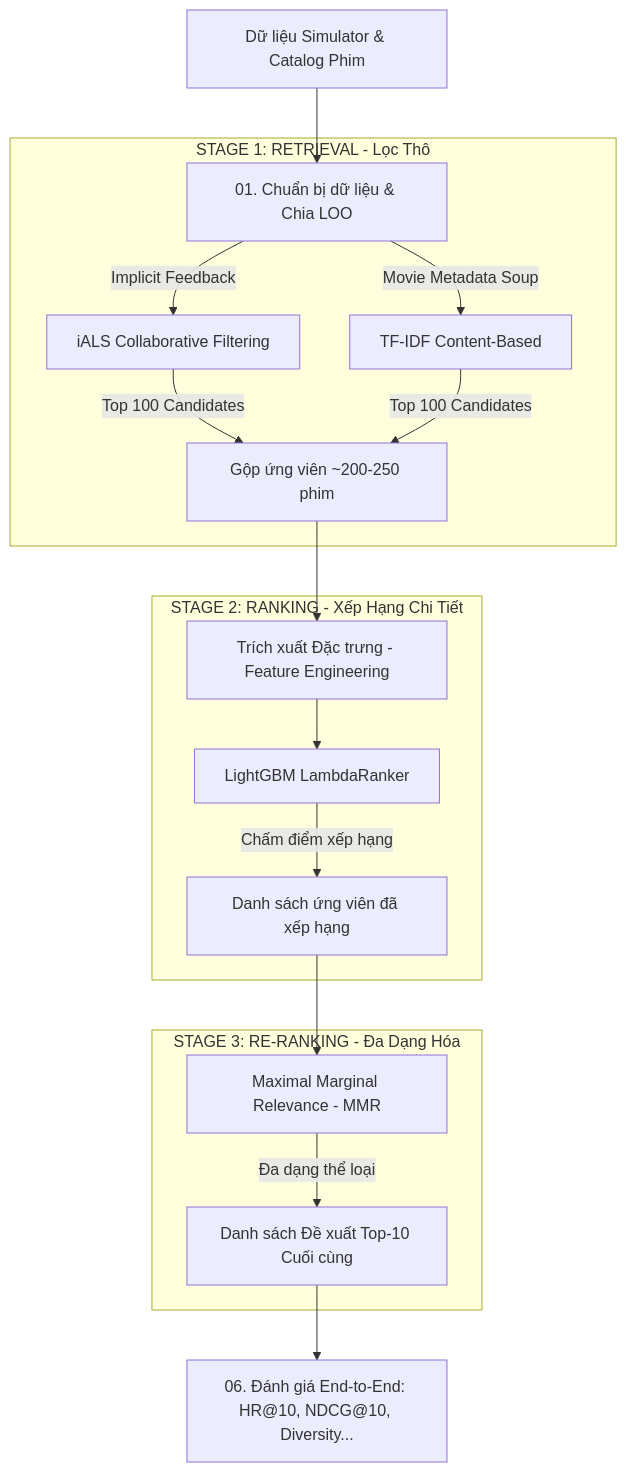
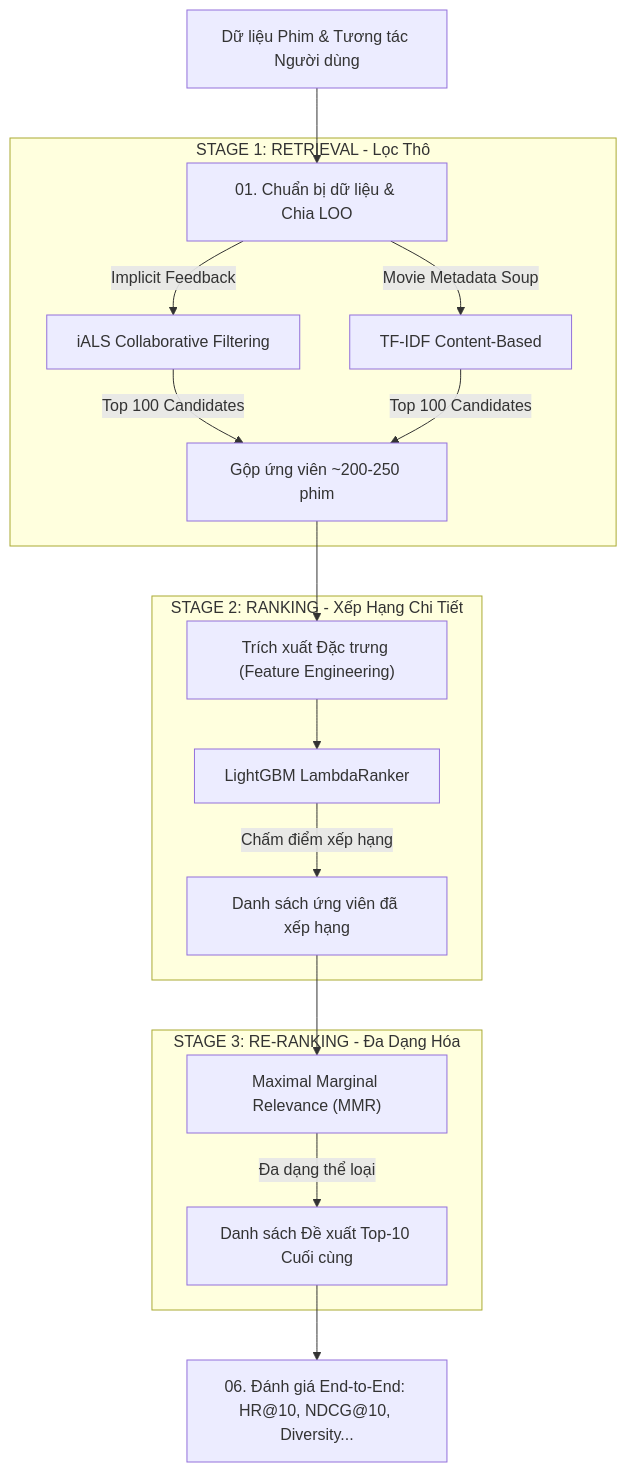
Before and after one commit to dducsw/movie-recsys: the diagram in evaluation/ml_pipeline/README.md, drawn with Mermaid. The commit also changed other lines of this file and 14 other files, not shown here.

````diff
--- a/evaluation/ml_pipeline/README.md
+++ b/evaluation/ml_pipeline/README.md
@@ -11,24 +11,24 @@
 ```mermaid
 graph TD
-    Data[Dữ liệu Simulator & Catalog Phim] --> Prep[01. Chuẩn bị dữ liệu & Chia LOO]
+    Data["Dữ liệu Phim & Tương tác Người dùng"] --> Prep["01. Chuẩn bị dữ liệu & Chia LOO"]
     
     subgraph S1 ["STAGE 1: RETRIEVAL - Lọc Thô"]
-        Prep -->|Implicit Feedback| ALS[iALS Collaborative Filtering]
-        Prep -->|Movie Metadata Soup| CB[TF-IDF Content-Based]
-        ALS -->|Top 100 Candidates| Union[Gộp ứng viên ~200-250 phim]
+        Prep -->|Implicit Feedback| ALS["iALS Collaborative Filtering"]
+        Prep -->|Movie Metadata Soup| CB["TF-IDF Content-Based"]
+        ALS -->|Top 100 Candidates| Union["Gộp ứng viên ~200-250 phim"]
         CB -->|Top 100 Candidates| Union
     end
     
     subgraph S2 ["STAGE 2: RANKING - Xếp Hạng Chi Tiết"]
-        Union --> FE[Trích xuất Đặc trưng - Feature Engineering]
-        FE --> LGBM[LightGBM LambdaRanker]
-        LGBM -->|Chấm điểm xếp hạng| Sorted[Danh sách ứng viên đã xếp hạng]
+        Union --> FE["Trích xuất Đặc trưng (Feature Engineering)"]
+        FE --> LGBM["LightGBM LambdaRanker"]
+        LGBM -->|Chấm điểm xếp hạng| Sorted["Danh sách ứng viên đã xếp hạng"]
     end
     
     subgraph S3 ["STAGE 3: RE-RANKING - Đa Dạng Hóa"]
-        Sorted --> MMR[Maximal Marginal Relevance - MMR]
-        MMR -->|Đa dạng thể loại| Recs[Danh sách Đề xuất Top-10 Cuối cùng]
+        Sorted --> MMR["Maximal Marginal Relevance (MMR)"]
+        MMR -->|Đa dạng thể loại| Recs["Danh sách Đề xuất Top-10 Cuối cùng"]
     end
     
-    Recs --> Eval[06. Đánh giá End-to-End: HR@10, NDCG@10, Diversity...]
+    Recs --> Eval["06. Đánh giá End-to-End: HR@10, NDCG@10, Diversity..."]
 ```
````
